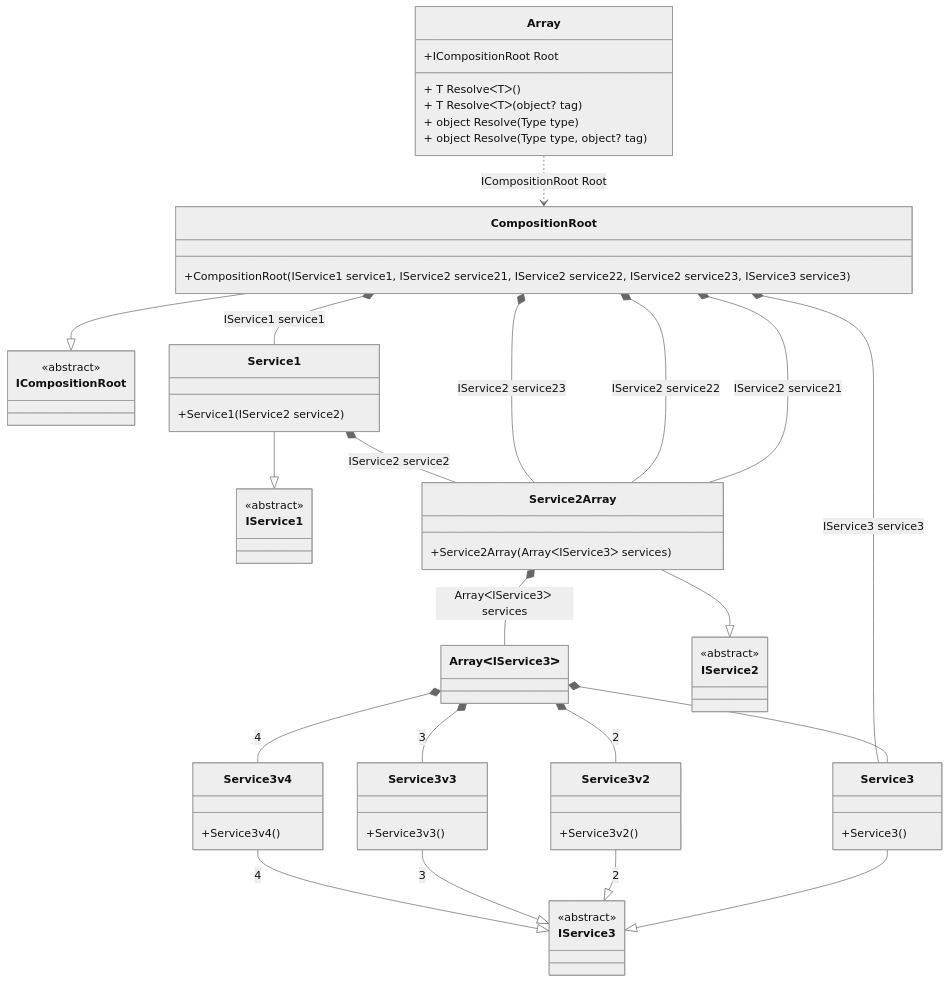
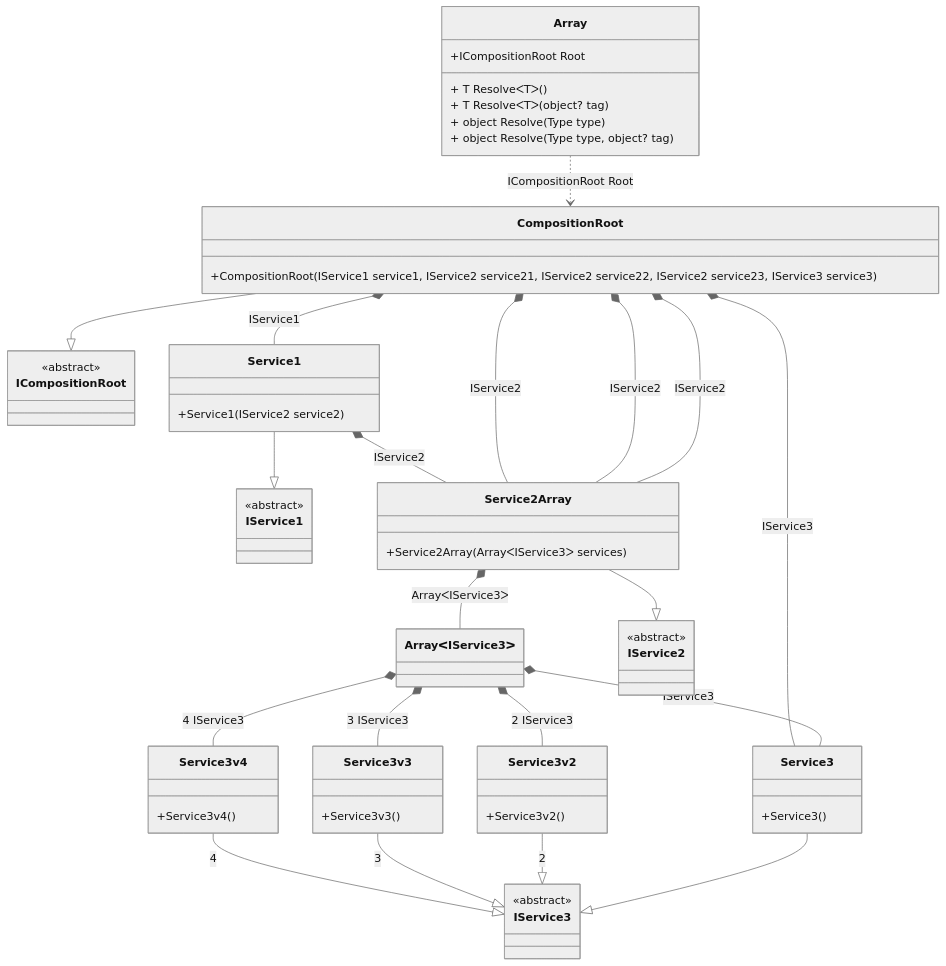
The diagram in readme/ArrayDetails.md (DevTeam/Pure.DI), drawn with Mermaid (neutral theme) before and after one commit. The commit also changed other lines of this file and 84 other files, not shown here.

Commit message:
Supports the arguments of the root of the composition.

````diff
--- a/readme/ArrayDetails.md
+++ b/readme/ArrayDetails.md
@@ -6,63 +6,63 @@
 ```mermaid
 classDiagram
   class Array {
     +ICompositionRoot Root
     + T ResolveᐸTᐳ()
     + T ResolveᐸTᐳ(object? tag)
     + object Resolve(Type type)
     + object Resolve(Type type, object? tag)
   }
   class ArrayᐸIService3ᐳ
   CompositionRoot --|> ICompositionRoot : 
   class CompositionRoot {
     +CompositionRoot(IService1 service1, IService2 service21, IService2 service22, IService2 service23, IService3 service3)
   }
   Service1 --|> IService1 : 
   class Service1 {
     +Service1(IService2 service2)
   }
   Service2Array --|> IService2 : 
   class Service2Array {
     +Service2Array(ArrayᐸIService3ᐳ services)
   }
   Service3 --|> IService3 : 
   class Service3 {
     +Service3()
   }
   Service3v2 --|> IService3 : 2 
   class Service3v2 {
     +Service3v2()
   }
   Service3v3 --|> IService3 : 3 
   class Service3v3 {
     +Service3v3()
   }
   Service3v4 --|> IService3 : 4 
   class Service3v4 {
     +Service3v4()
   }
   class ICompositionRoot {
     <<abstract>>
   }
   class IService1 {
     <<abstract>>
   }
   class IService2 {
     <<abstract>>
   }
   class IService3 {
     <<abstract>>
   }
-  ArrayᐸIService3ᐳ *--  Service3 : 
-  ArrayᐸIService3ᐳ *--  Service3v2 : 2  
-  ArrayᐸIService3ᐳ *--  Service3v3 : 3  
-  ArrayᐸIService3ᐳ *--  Service3v4 : 4  
-  CompositionRoot *--  Service1 : IService1 service1
-  CompositionRoot *--  Service2Array : IService2 service21
-  CompositionRoot *--  Service2Array : IService2 service22
-  CompositionRoot *--  Service2Array : IService2 service23
-  CompositionRoot *--  Service3 : IService3 service3
-  Service1 *--  Service2Array : IService2 service2
-  Service2Array *--  ArrayᐸIService3ᐳ : ArrayᐸIService3ᐳ services
+  ArrayᐸIService3ᐳ *--  Service3 : IService3
+  ArrayᐸIService3ᐳ *--  Service3v2 : 2  IService3
+  ArrayᐸIService3ᐳ *--  Service3v3 : 3  IService3
+  ArrayᐸIService3ᐳ *--  Service3v4 : 4  IService3
+  CompositionRoot *--  Service1 : IService1
+  CompositionRoot *--  Service2Array : IService2
+  CompositionRoot *--  Service2Array : IService2
+  CompositionRoot *--  Service2Array : IService2
+  CompositionRoot *--  Service3 : IService3
+  Service1 *--  Service2Array : IService2
+  Service2Array *--  ArrayᐸIService3ᐳ : ArrayᐸIService3ᐳ
   Array ..> CompositionRoot : ICompositionRoot Root
 ```
````
